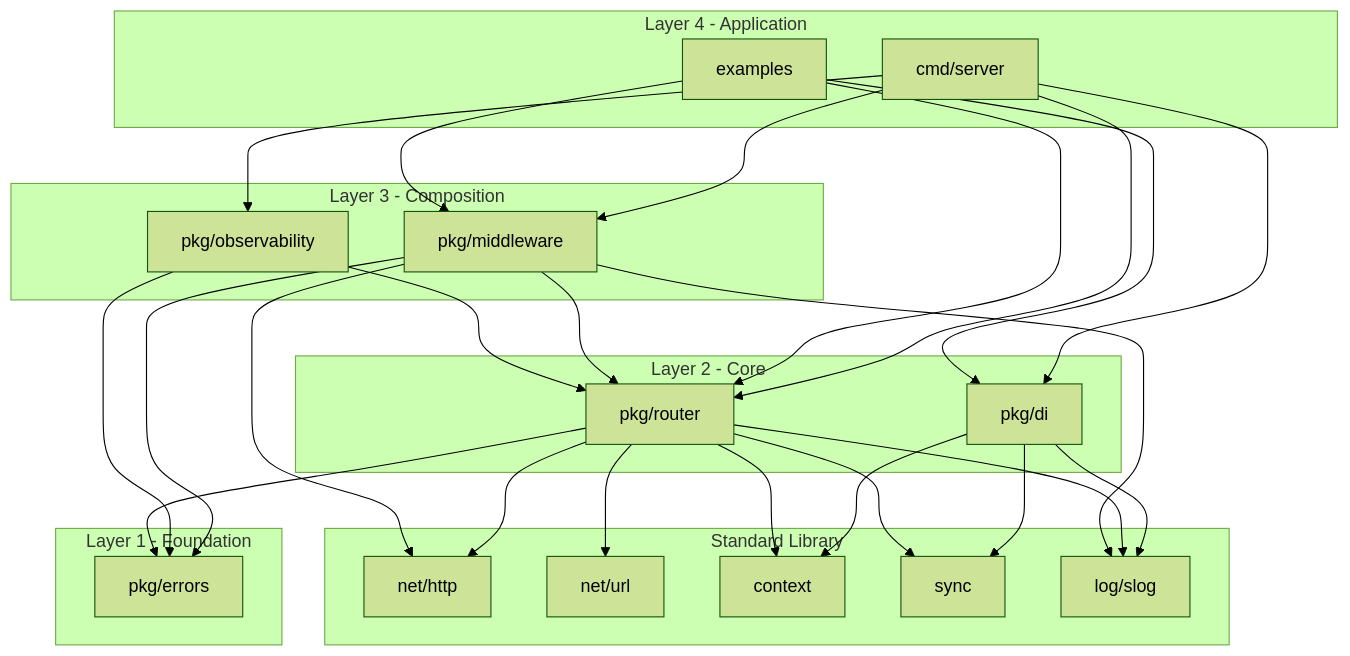
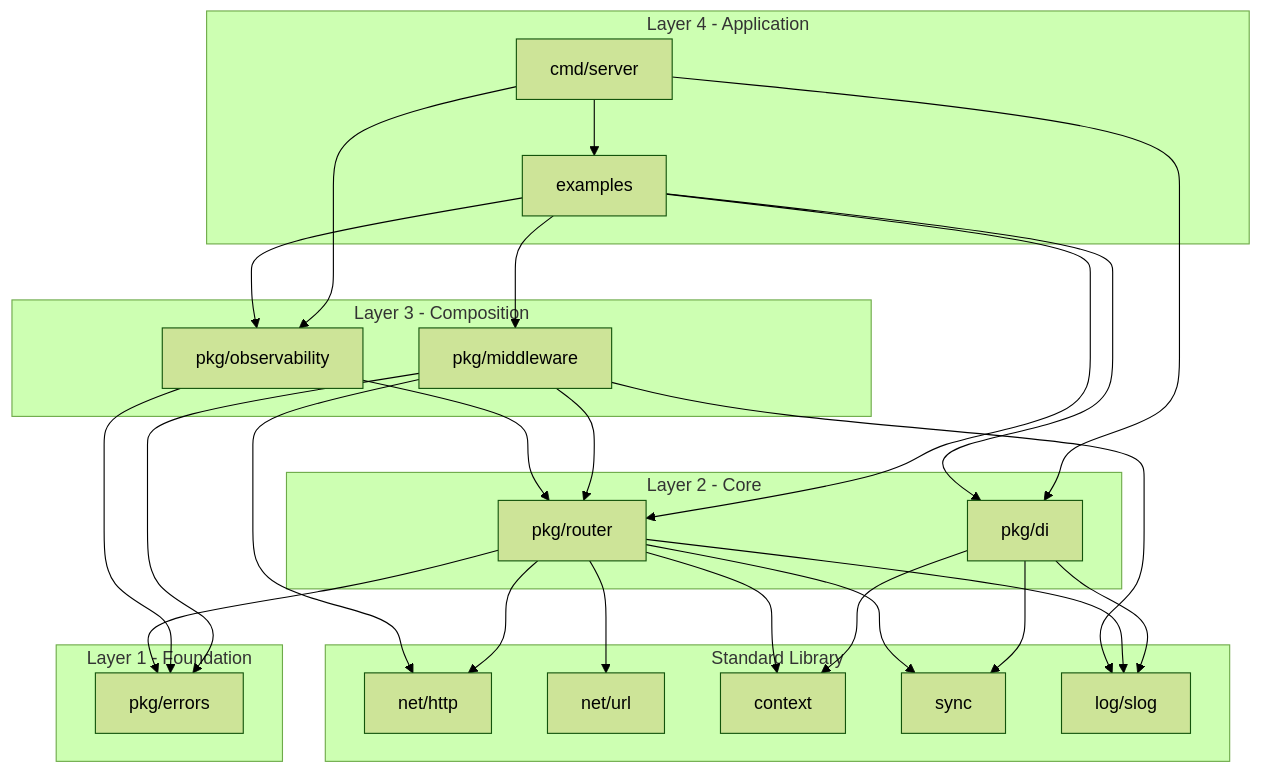
One commit to nsk-2003/lightweight-http changed the diagram in docs/design/packagedesign.md. Above: the diagram before and after it, drawn with Mermaid (forest theme). The commit also changed other lines of this file and 6 other files, not shown here.

````diff
--- a/docs/design/packagedesign.md
+++ b/docs/design/packagedesign.md
@@ -9,48 +9,48 @@
 ```mermaid
 flowchart TB
   subgraph app [Layer 4 - Application]
     cmdMain[cmd/server]
     examplesPkg[examples]
   end
   subgraph composition [Layer 3 - Composition]
     middlewarePkg[pkg/middleware]
     observabilityPkg[pkg/observability]
   end
   subgraph core [Layer 2 - Core]
     routerPkg[pkg/router]
     diPkg[pkg/di]
   end
   subgraph foundation [Layer 1 - Foundation]
     errorsPkg[pkg/errors]
   end
   subgraph stdlib [Standard Library]
     nethttp[net/http]
     neturl[net/url]
     ctx[context]
     syncp[sync]
     slog[log/slog]
   end
 
-  cmdMain --> routerPkg
-  cmdMain --> middlewarePkg
+  cmdMain --> examplesPkg
+  cmdMain --> diPkg
   cmdMain --> observabilityPkg
-  cmdMain --> diPkg
   examplesPkg --> routerPkg
   examplesPkg --> middlewarePkg
+  examplesPkg --> observabilityPkg
   examplesPkg --> diPkg
   middlewarePkg --> routerPkg
   middlewarePkg --> errorsPkg
   observabilityPkg --> errorsPkg
   observabilityPkg --> routerPkg
   routerPkg --> errorsPkg
   diPkg --> ctx
   diPkg --> syncp
   diPkg --> slog
   routerPkg --> nethttp
   routerPkg --> neturl
   routerPkg --> ctx
   routerPkg --> syncp
   routerPkg --> slog
   middlewarePkg --> nethttp
   middlewarePkg --> slog
 ```
````
